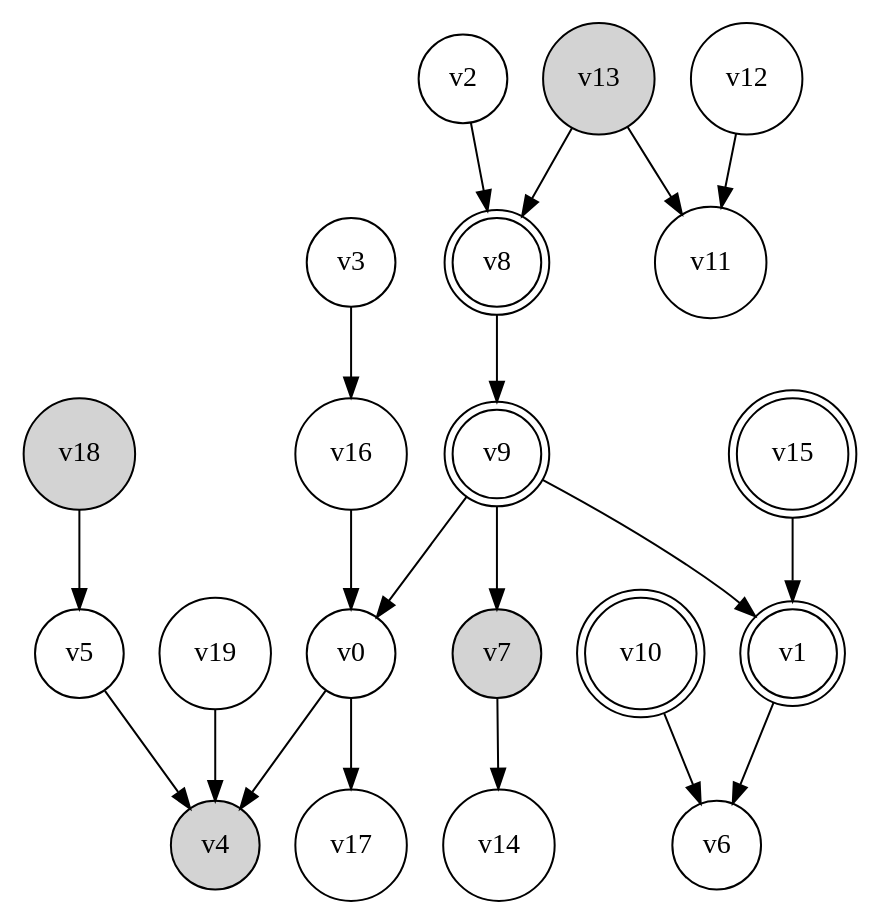
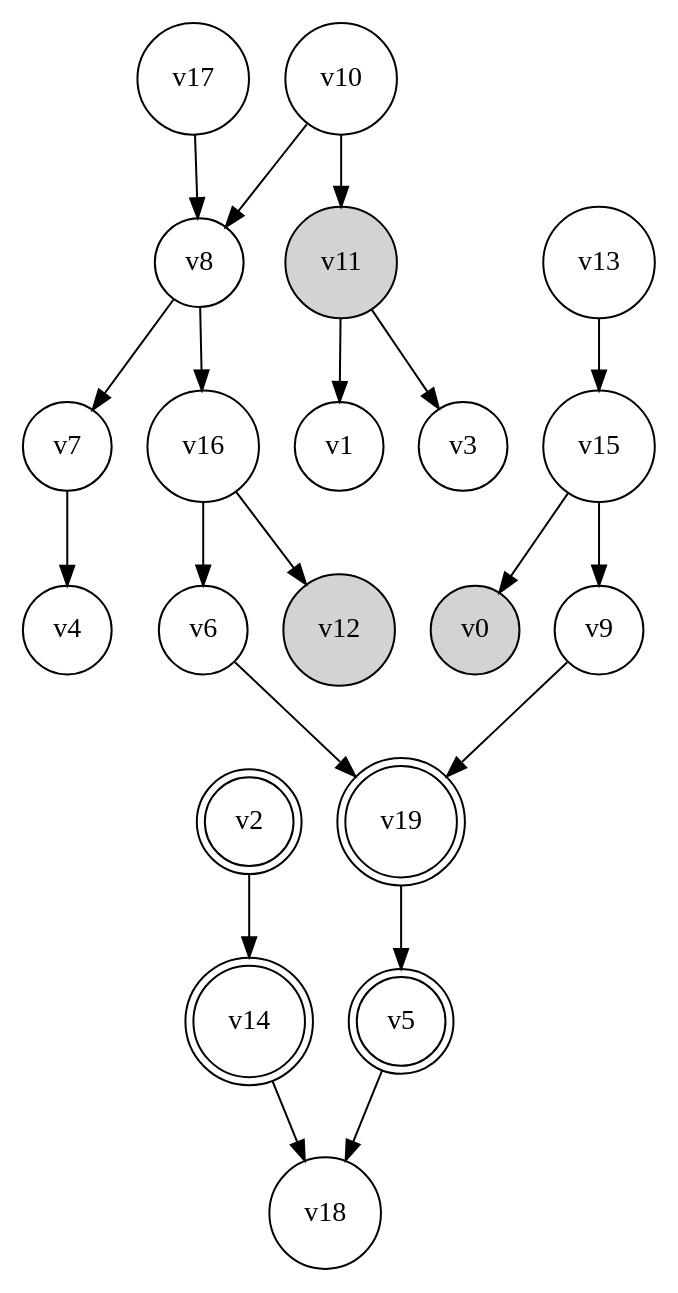
The diagram in polytree_query_1.gv (arthurhaiying/TestingBayesianNetwork), drawn with Graphviz before and after one commit. The commit also changed 116 other files, not shown here.

```diff
--- a/polytree_query_1.gv
+++ b/polytree_query_1.gv
@@ -1,42 +1,42 @@
 digraph {
 	rankdir=TD
-	v0 [shape=circle]
-	v1 [shape=doublecircle]
-	v2 [shape=circle]
+	v0 [shape=circle style=filled]
+	v1 [shape=circle]
+	v2 [shape=doublecircle]
 	v3 [shape=circle]
-	v4 [shape=circle style=filled]
-	v5 [shape=circle]
+	v4 [shape=circle]
+	v5 [shape=doublecircle]
 	v6 [shape=circle]
-	v7 [shape=circle style=filled]
-	v8 [shape=doublecircle]
-	v9 [shape=doublecircle]
-	v10 [shape=doublecircle]
-	v11 [shape=circle]
-	v12 [shape=circle]
-	v13 [shape=circle style=filled]
-	v14 [shape=circle]
-	v15 [shape=doublecircle]
+	v7 [shape=circle]
+	v8 [shape=circle]
+	v9 [shape=circle]
+	v10 [shape=circle]
+	v11 [shape=circle style=filled]
+	v12 [shape=circle style=filled]
+	v13 [shape=circle]
+	v14 [shape=doublecircle]
+	v15 [shape=circle]
 	v16 [shape=circle]
 	v17 [shape=circle]
-	v18 [shape=circle style=filled]
-	v19 [shape=circle]
-	v0 -> v4
-	v0 -> v17
-	v1 -> v6
-	v2 -> v8
-	v3 -> v16
-	v5 -> v4
-	v7 -> v14
-	v8 -> v9
-	v9 -> v7
-	v9 -> v1
-	v9 -> v0
-	v10 -> v6
-	v12 -> v11
-	v13 -> v11
-	v13 -> v8
-	v15 -> v1
-	v16 -> v0
-	v18 -> v5
-	v19 -> v4
+	v18 [shape=circle]
+	v19 [shape=doublecircle]
+	v2 -> v14
+	v5 -> v18
+	v6 -> v19
+	v7 -> v4
+	v8 -> v7
+	v8 -> v16
+	v9 -> v19
+	v10 -> v8
+	v10 -> v11
+	v11 -> v1
+	v11 -> v3
+	v13 -> v15
+	v14 -> v18
+	v15 -> v0
+	v15 -> v9
+	v16 -> v12
+	v16 -> v6
+	v17 -> v8
+	v19 -> v5
 }
```
